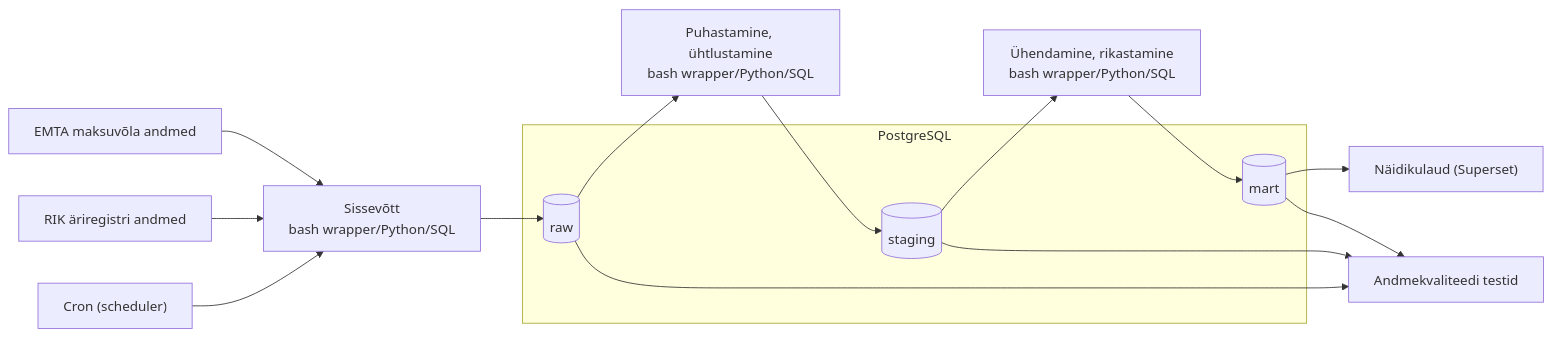
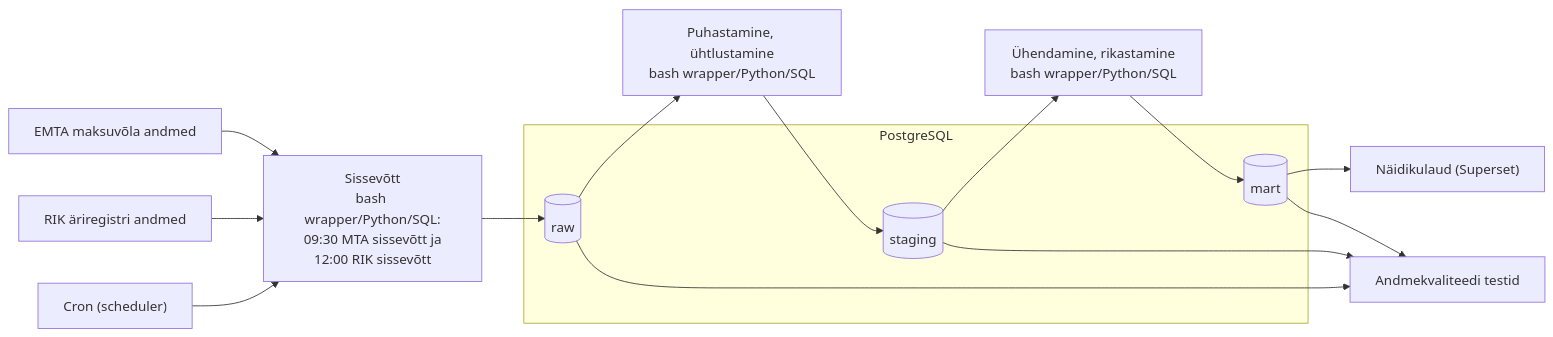
The diagram in docs/README.md (KulliPeed/Projektitoo_MREV), drawn with Mermaid before and after one commit.

````diff
--- a/docs/README.md
+++ b/docs/README.md
@@ -20,32 +20,32 @@
 ```mermaid
 flowchart LR
     %% Andmeallikad
-    source1[EMTA maksuvõla andmed] --> ingest["Sissevõtt<br/>bash wrapper/Python/SQL"]
+    source1[EMTA maksuvõla andmed] --> ingest["Sissevõtt<br/>bash wrapper/Python/SQL:<br/> 09:30 MTA sissevõtt ja 12:00 RIK sissevõtt"]
     source2[RIK äriregistri andmed] --> ingest
 
     %% Scheduler / orkestreerimine
     cron["Cron (scheduler)"] --> ingest
 
     %% Andmebaas (PostgreSQL)
     subgraph db[PostgreSQL]
         raw[(raw)]
         staging[(staging)]
         mart[(mart)]
     end
 
     %% Andmetöötlus
     ingest --> raw
     raw --> transform1["Puhastamine, ühtlustamine<br/>bash wrapper/Python/SQL"]
 
     transform1 --> staging
     staging --> transform2["Ühendamine, rikastamine<br/>bash wrapper/Python/SQL"]
 
     transform2 --> mart
 
     %% Tarbimine
     mart --> dashboard["Näidikulaud (Superset)"]
     raw -->  source3[Andmekvaliteedi testid]
     staging --> source3[Andmekvaliteedi testid]
     mart --> source3[Andmekvaliteedi testid]
   
 ```
````
